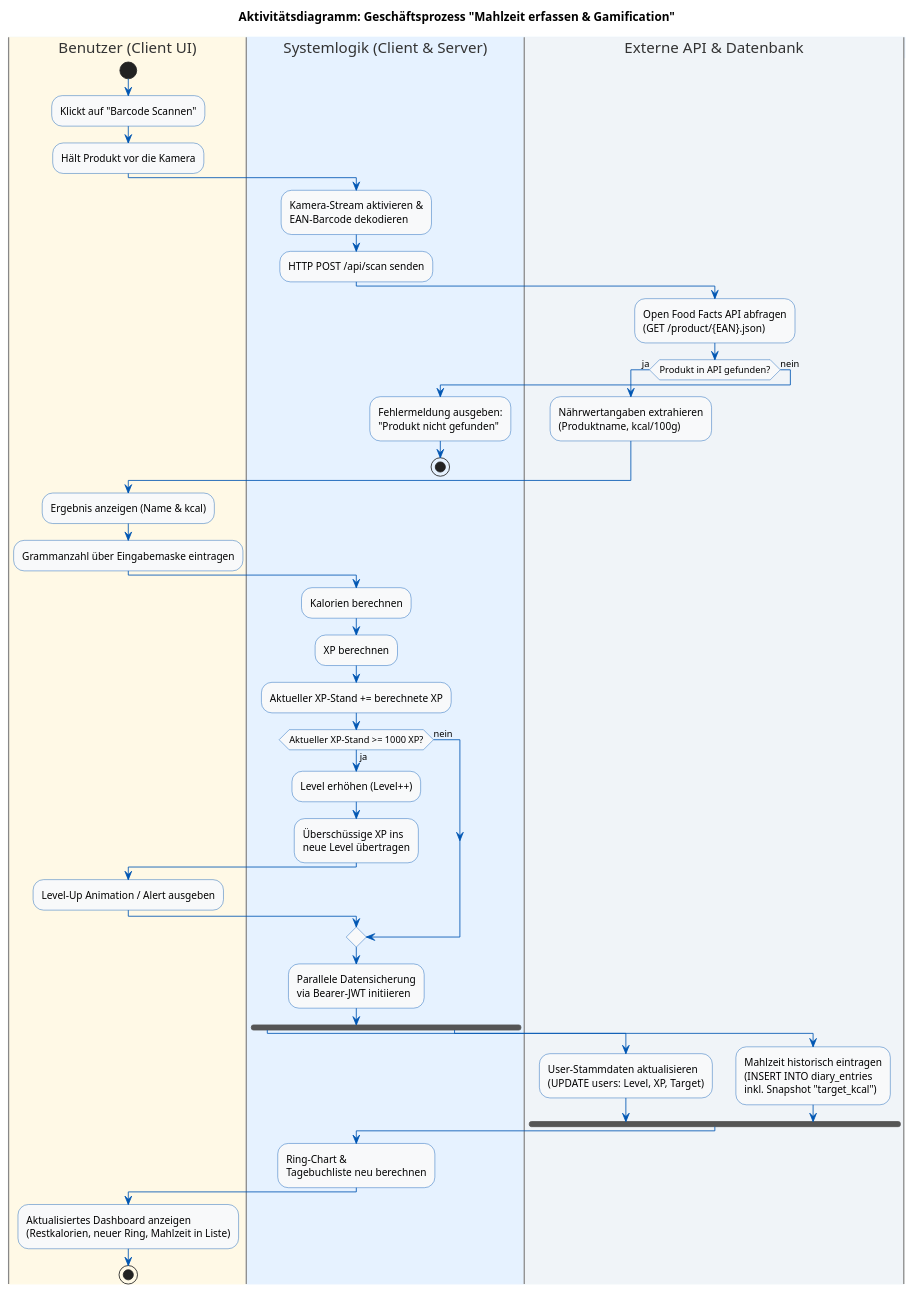
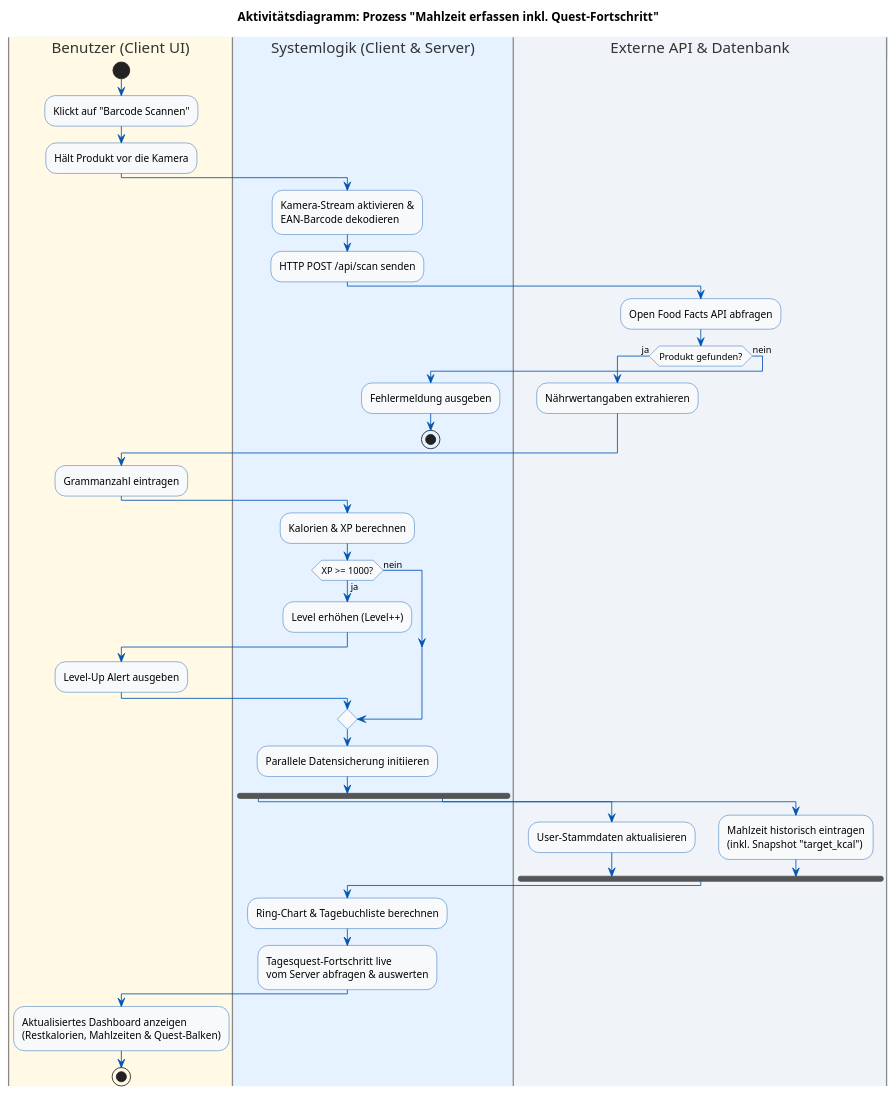
Before and after one commit to danellidesign/nutriquest: the diagram in businessprocesses.puml, drawn with PlantUML. The commit also changed 3 other files, not shown here.

Commit message:
Updated UML charts

```diff
--- a/businessprocesses.puml
+++ b/businessprocesses.puml
@@ -1,82 +1,72 @@
 @startuml
 skinparam backgroundColor #FFFFFF
 skinparam activity {
     BackgroundColor #f8f9fa
     BorderColor #0056b3
     ArrowColor #0056b3
 }
 skinparam swimlane {
     BorderColor #888888
     TitleBackgroundColor #E6F2FF
     TitleFontColor #333333
 }
 
-title Aktivitätsdiagramm: Geschäftsprozess "Mahlzeit erfassen & Gamification"
+title Aktivitätsdiagramm: Prozess "Mahlzeit erfassen inkl. Quest-Fortschritt"
 
 |#FFF9E6|Benutzer (Client UI)|
 start
 :Klickt auf "Barcode Scannen";
 :Hält Produkt vor die Kamera;
 
 |#E6F2FF|Systemlogik (Client & Server)|
 :Kamera-Stream aktivieren &
 EAN-Barcode dekodieren;
 :HTTP POST /api/scan senden;
 
 |#F0F4F8|Externe API & Datenbank|
-:Open Food Facts API abfragen
-(GET /product/{EAN}.json);
+:Open Food Facts API abfragen;
 
-if (Produkt in API gefunden?) then (ja)
-    :Nährwertangaben extrahieren
-    (Produktname, kcal/100g);
+if (Produkt gefunden?) then (ja)
+    :Nährwertangaben extrahieren;
 else (nein)
     |#E6F2FF|Systemlogik (Client & Server)|
-    :Fehlermeldung ausgeben:
-    "Produkt nicht gefunden";
+    :Fehlermeldung ausgeben;
     stop
 endif
 
 |#FFF9E6|Benutzer (Client UI)|
-:Ergebnis anzeigen (Name & kcal);
-:Grammanzahl über Eingabemaske eintragen;
+:Grammanzahl eintragen;
 
 |#E6F2FF|Systemlogik (Client & Server)|
-:Kalorien berechnen;
-:XP berechnen;
-:Aktueller XP-Stand += berechnete XP;
-
-if (Aktueller XP-Stand >= 1000 XP?) then (ja)
+:Kalorien & XP berechnen;
+if (XP >= 1000?) then (ja)
     :Level erhöhen (Level++);
-    :Überschüssige XP ins
-    neue Level übertragen;
     |#FFF9E6|Benutzer (Client UI)|
-    :Level-Up Animation / Alert ausgeben;
+    :Level-Up Alert ausgeben;
     |#E6F2FF|Systemlogik (Client & Server)|
 else (nein)
 endif
 
-:Parallele Datensicherung
-via Bearer-JWT initiieren;
+:Parallele Datensicherung initiieren;
 
 fork
     |#F0F4F8|Externe API & Datenbank|
-    :User-Stammdaten aktualisieren
-    (UPDATE users: Level, XP, Target);
+    :User-Stammdaten aktualisieren;
 fork again
     |#F0F4F8|Externe API & Datenbank|
     :Mahlzeit historisch eintragen
-    (INSERT INTO diary_entries
-    inkl. Snapshot "target_kcal");
+    (inkl. Snapshot "target_kcal");
 end fork
 
 |#E6F2FF|Systemlogik (Client & Server)|
-:Ring-Chart &
-Tagebuchliste neu berechnen;
+:Ring-Chart & Tagebuchliste berechnen;
+
+:Tagesquest-Fortschritt live
+vom Server abfragen & auswerten;
 
 |#FFF9E6|Benutzer (Client UI)|
 :Aktualisiertes Dashboard anzeigen
-(Restkalorien, neuer Ring, Mahlzeit in Liste);
+(Restkalorien, Mahlzeiten & Quest-Balken);
 
 stop
 @enduml
```
